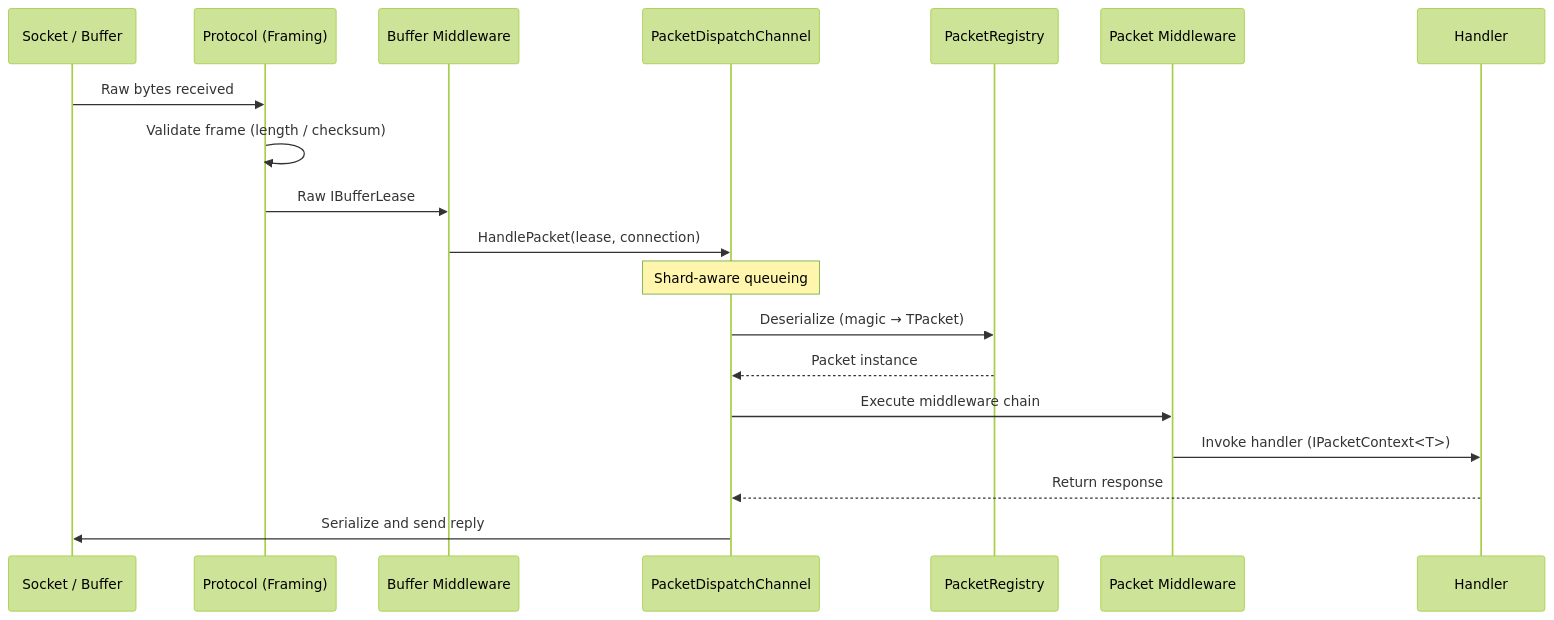
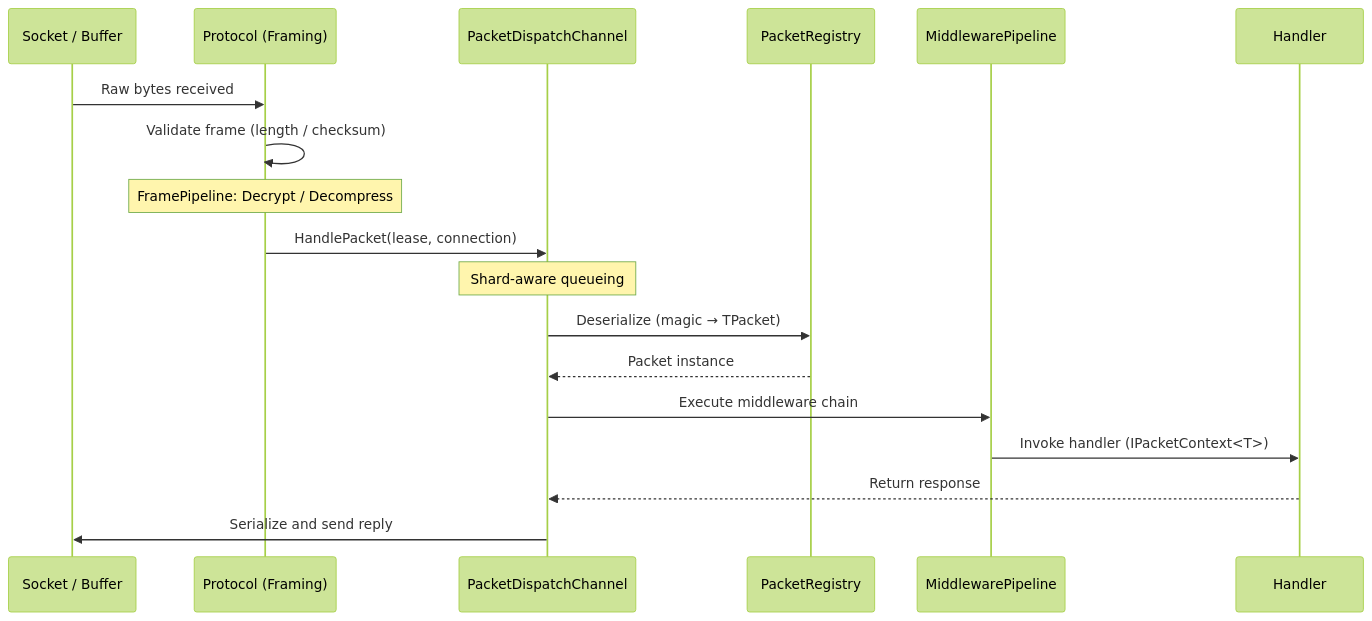
One commit to ppn-systems/Nalix changed the third of 3 diagrams in docs/concepts/fundamentals/architecture.md. Above: the diagram before and after it, drawn with Mermaid (forest theme). The commit also changed other lines of this file and 64 other files, not shown here.

````diff
--- a/docs/concepts/fundamentals/architecture.md
+++ b/docs/concepts/fundamentals/architecture.md
@@ -65,22 +65,21 @@
 ```mermaid
 sequenceDiagram
     participant Net as Socket / Buffer
     participant Prot as Protocol (Framing)
-    participant BufMw as Buffer Middleware
     participant Disp as PacketDispatchChannel
     participant Reg as PacketRegistry
-    participant PktMw as Packet Middleware
+    participant PktMw as MiddlewarePipeline
     participant Hand as Handler
 
     Net->>Prot: Raw bytes received
     Prot->>Prot: Validate frame (length / checksum)
-    Prot->>BufMw: Raw IBufferLease
-    BufMw->>Disp: HandlePacket(lease, connection)
+    Note over Prot: FramePipeline: Decrypt / Decompress
+    Prot->>Disp: HandlePacket(lease, connection)
     Note over Disp: Shard-aware queueing
     Disp->>Reg: Deserialize (magic → TPacket)
     Reg-->>Disp: Packet instance
     Disp->>PktMw: Execute middleware chain
     PktMw->>Hand: Invoke handler (IPacketContext<T>)
     Hand-->>Disp: Return response
     Disp->>Net: Serialize and send reply
 ```
````
